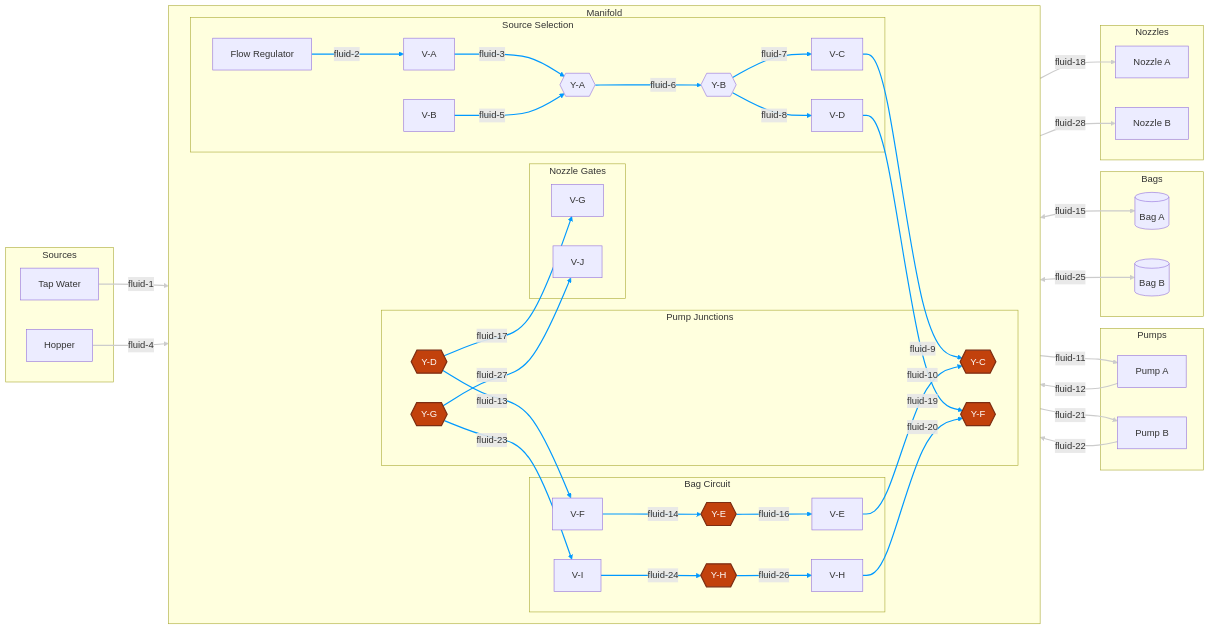
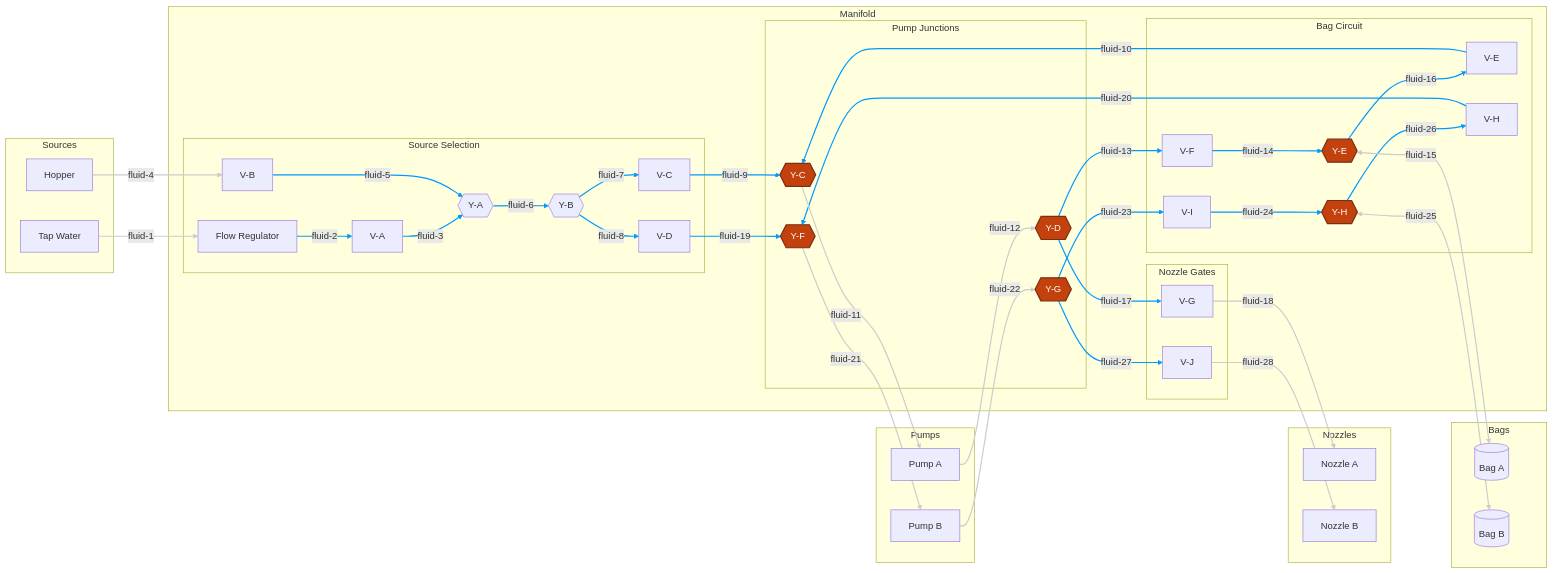
Before and after one commit to derekbreden/homesodamachine: the diagram in hardware/topology/fluid-topology-manifold.mmd, drawn with Mermaid.

Commit message:
topology: the manifold's tube runs reach their junctions — drop the nested direction
The ten edges crossing the Manifold subgraph boundary were not drawn to their
endpoints. Mermaid clamps a boundary-crossing edge to the cluster border when
the cluster declares its own `direction`, so each tube run rendered as a short
stub floating in open space: measured against the nodes they name, eight of the
ten landed between 380 and 947 px short — fluid-11/12 nowhere near Y-C/Y-D,
fluid-15/25 short of Y-E/Y-H, fluid-18/28 short of V-G/V-J, fluid-1/4 short of
the regulator and V-B.

Unlabelled these read as ambient stubs. Named, they are unreadable in the other
direction: the chart asserts fluid-11 joins Y-C and then draws it touching
nothing.

The nested `direction LR` is dropped — the top-level flowchart already sets LR,
so the layout keeps its grouping — and all 28 edges now start and end on the
nodes they name (verified in the DOM: 0 of 28 further than 120 px from either
endpoint, against 8 before). Diagram is 2449x903, 2.7:1.

```diff
--- a/hardware/topology/fluid-topology-manifold.mmd
+++ b/hardware/topology/fluid-topology-manifold.mmd
@@ -1,131 +1,135 @@
 flowchart LR
 
   %% The complete fluid topology: every valve, junction, and endpoint, with each
   %% edge labelled by its route ID. A route is one numbered tube segment from the
   %% Tube Segments tables in fluid-topology.md — the same fluid-1 … fluid-28 that
   %% scorecard.py reads as the connection inventory the enclosure must carry and
   %% that enclosure-assembly/_lines.py authors port to port. All 28 appear here
   %% exactly once. Hexagons are Y-dividers; orange nodes are Tees (in-line run +
   %% branch). The per-tray cut in fluid-topology-trays.mmd is the condensed view:
   %% valves only, endpoints omitted.
 
   %% =========================
   %% Remote components
   %% =========================
   subgraph Sources["Sources"]
     Tap["Tap Water"]
     Hopper["Hopper"]
   end
 
   subgraph Pumps["Pumps"]
     PA["Pump A"]
     PB["Pump B"]
   end
 
   subgraph Bags["Bags"]
     BagA[("Bag A")]
     BagB[("Bag B")]
   end
 
   subgraph Nozzles["Nozzles"]
     NozzleA["Nozzle A"]
     NozzleB["Nozzle B"]
   end
 
   %% =========================
   %% Manifold
   %% =========================
+  %% No `direction` on this subgraph. A nested direction makes Mermaid clamp
+  %% boundary-crossing edges to the cluster border, which strands the ten tube
+  %% runs — fluid-11/12/21/22 to the pumps, 15/25 to the bags, 18/28 to the
+  %% nozzles, 1/4 from the sources — as stubs floating short of their junctions.
+  %% The chart inherits LR from the top-level flowchart.
   subgraph Manifold["Manifold"]
-    direction LR
 
     subgraph SourceSelection["Source Selection"]
       Reg["Flow Regulator"]
       VA["V-A"]
       VB["V-B"]
       YA{{"Y-A"}}
       YB{{"Y-B"}}
       VC["V-C"]
       VD["V-D"]
     end
 
     subgraph MfPumps["Pump Junctions"]
       YC{{"Y-C"}}
       YD{{"Y-D"}}
       YF{{"Y-F"}}
       YG{{"Y-G"}}
     end
 
     subgraph MfNozzles["Nozzle Gates"]
       VG["V-G"]
       VJ["V-J"]
     end
 
     subgraph MfBags["Bag Circuit"]
       VE["V-E"]
       YE{{"Y-E"}}
       VF["V-F"]
       VH["V-H"]
       YH{{"Y-H"}}
       VI["V-I"]
     end
 
     %% Source Selection connections
     Reg -->|"fluid-2"| VA
     VA -->|"fluid-3"| YA
     VB -->|"fluid-5"| YA
     YA -->|"fluid-6"| YB
     YB -->|"fluid-7"| VC
     YB -->|"fluid-8"| VD
 
     %% Pump Junctions connections
     VC -->|"fluid-9"| YC
     VD -->|"fluid-19"| YF
     YD -->|"fluid-17"| VG
     YD -->|"fluid-13"| VF
     YG -->|"fluid-27"| VJ
     YG -->|"fluid-23"| VI
 
     %% Bag Circuit connections
     VE -->|"fluid-10"| YC
     VF -->|"fluid-14"| YE
     YE -->|"fluid-16"| VE
     VH -->|"fluid-20"| YF
     VI -->|"fluid-24"| YH
     YH -->|"fluid-26"| VH
   end
 
   %% =========================
   %% Tube runs (manifold ↔ remote)
   %% =========================
   Tap -->|"fluid-1"| Reg
   Hopper -->|"fluid-4"| VB
 
   YC -->|"fluid-11"| PA
   PA -->|"fluid-12"| YD
   YF -->|"fluid-21"| PB
   PB -->|"fluid-22"| YG
 
   YE <-->|"fluid-15"| BagA
   YH <-->|"fluid-25"| BagB
 
   VG -->|"fluid-18"| NozzleA
   VJ -->|"fluid-28"| NozzleB
 
   %% Manifold internals: blue. These edges are ZERO LENGTH — valve seats sit
   %% directly at the Y-junctions inside a single machined manifold block. There
   %% is no tubing between, e.g., V-A and Y-A; the only volume on a blue edge is
   %% the valve's own downstream poppet void (sub-mL). This is what makes the
   %% manifold a manifold rather than a network of tube runs, and why there are
   %% no meaningful stagnant side-pockets at the Y-junctions.
   %% 0-17 = Source Selection + Pump Junctions + Bag Circuit interior edges.
   linkStyle 0,1,2,3,4,5,6,7,8,9,10,11,12,13,14,15,16,17 stroke:#09f,stroke-width:2px
   %% Tube runs between the manifold and remote components: white. These are
   %% the only real lengths of tube in the diagram; everything else is
   %% manifold-internal.
   %% 18-27 = sources -> manifold inlets, manifold -> pumps/bags/nozzles.
   linkStyle 18,19,20,21,22,23,24,25,26,27 stroke:#ccc,stroke-width:2px
 
   %% Junction geometry: Y-A/Y-B are PP2308E Y-dividers (source-select); the
   %% other six are PP0208E Tees (in-line run + branch). Orange = Tee.
   classDef tee fill:#c2410c,stroke:#7c2d12,color:#ffffff,stroke-width:2px;
   class YC,YD,YE,YF,YG,YH tee;
```
